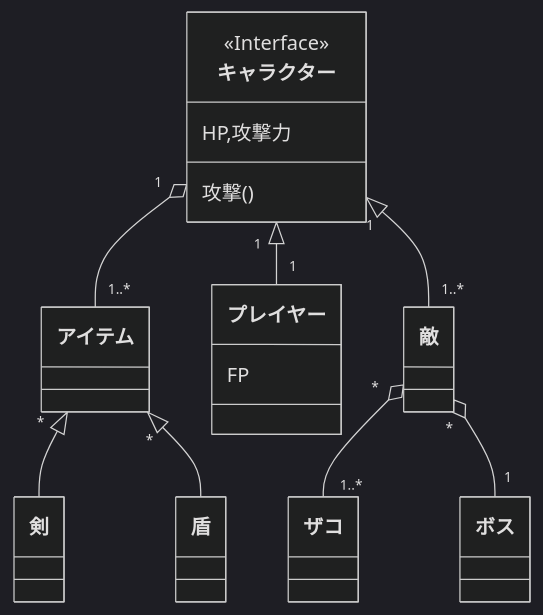
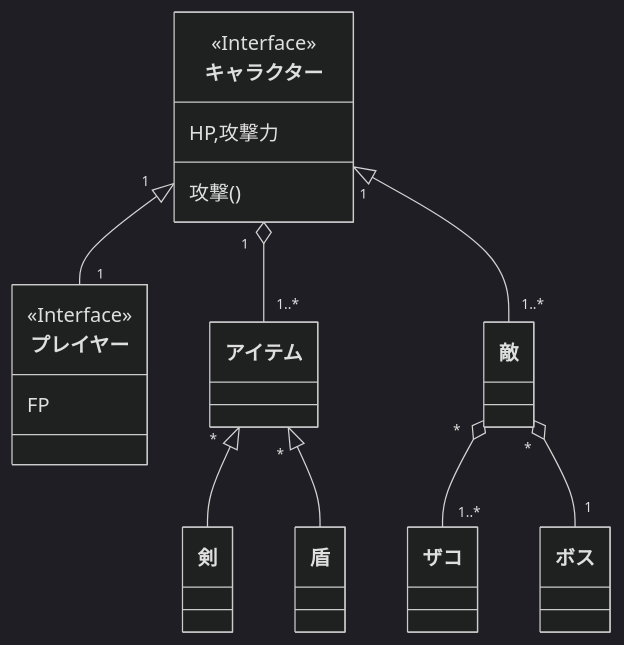
The third of 3 diagrams in README.md (tpu-game-2023/mermaid_test), drawn with Mermaid (dark theme) before and after one commit.

````diff
--- a/README.md
+++ b/README.md
@@ -69,16 +69,18 @@
 ```mermaid
 classDiagram
 direction TD
 class キャラクター
    <<Interface>> キャラクター
     キャラクター: HP,攻撃力
     キャラクター: 攻撃()  
+    class プレイヤー
+   <<Interface>> プレイヤー
+    プレイヤー : FP
     キャラクター "1" o-- "1..*" アイテム
     アイテム "*" <|-- 剣
     アイテム "*" <|-- 盾
-    プレイヤー : FP
     キャラクター "1" <|-- "1" プレイヤー
     キャラクター "1" <|-- "1..*" 敵
     敵 "*" o-- "1..*" ザコ
     敵 "*" o-- "1" ボス
 ```
````
